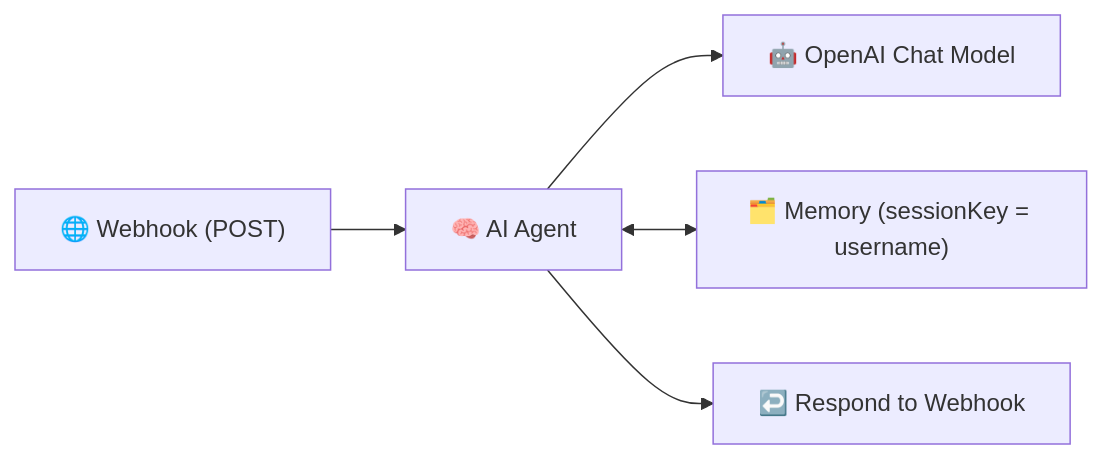
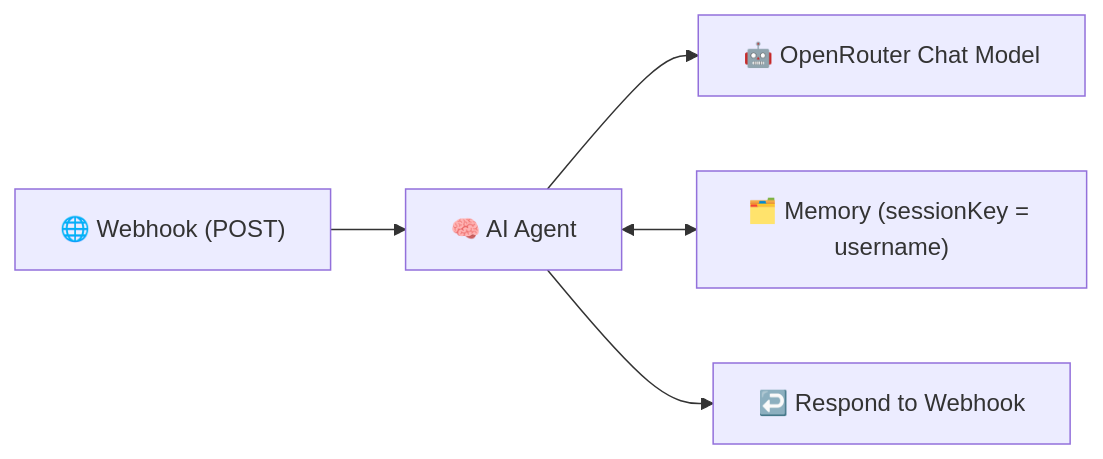
One commit to traversaal-ai/agents-in-action changed the diagram in n8n - Get Started/201-basic-webhook/README.md. Above: the diagram before and after it, drawn with Mermaid. The commit also changed other lines of this file and 3 other files, not shown here.

Commit message:
change openAI chat model to opneRouter in 201 and fix some incorrect references in docs

````diff
--- a/n8n - Get Started/201-basic-webhook/README.md
+++ b/n8n - Get Started/201-basic-webhook/README.md
@@ -27,7 +27,7 @@
 ```mermaid
 graph LR
   A["🌐 Webhook (POST)"] --> B["🧠 AI Agent"]
-  B --> C["🤖 OpenAI Chat Model"]
+  B --> C["🤖 OpenRouter Chat Model"]
   B <--> D["🗂️ Memory (sessionKey = username)"]
   B --> E["↩️ Respond to Webhook"]
 ```
````
